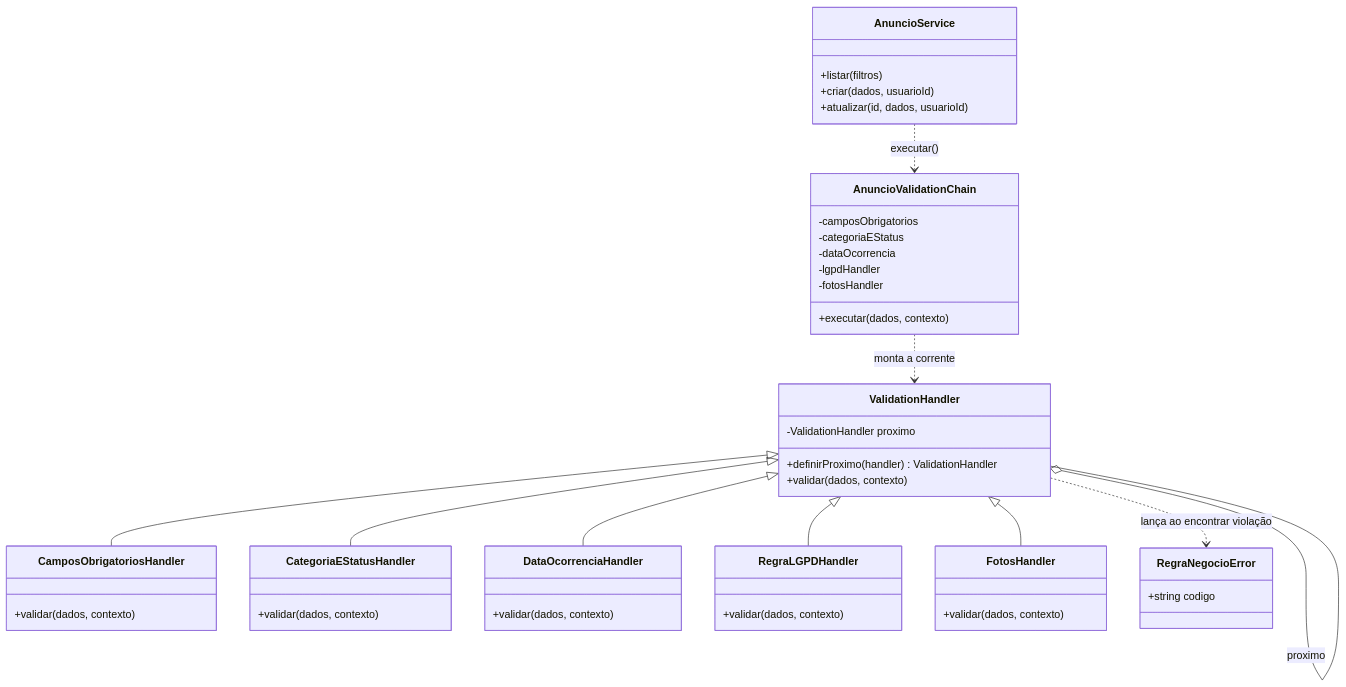
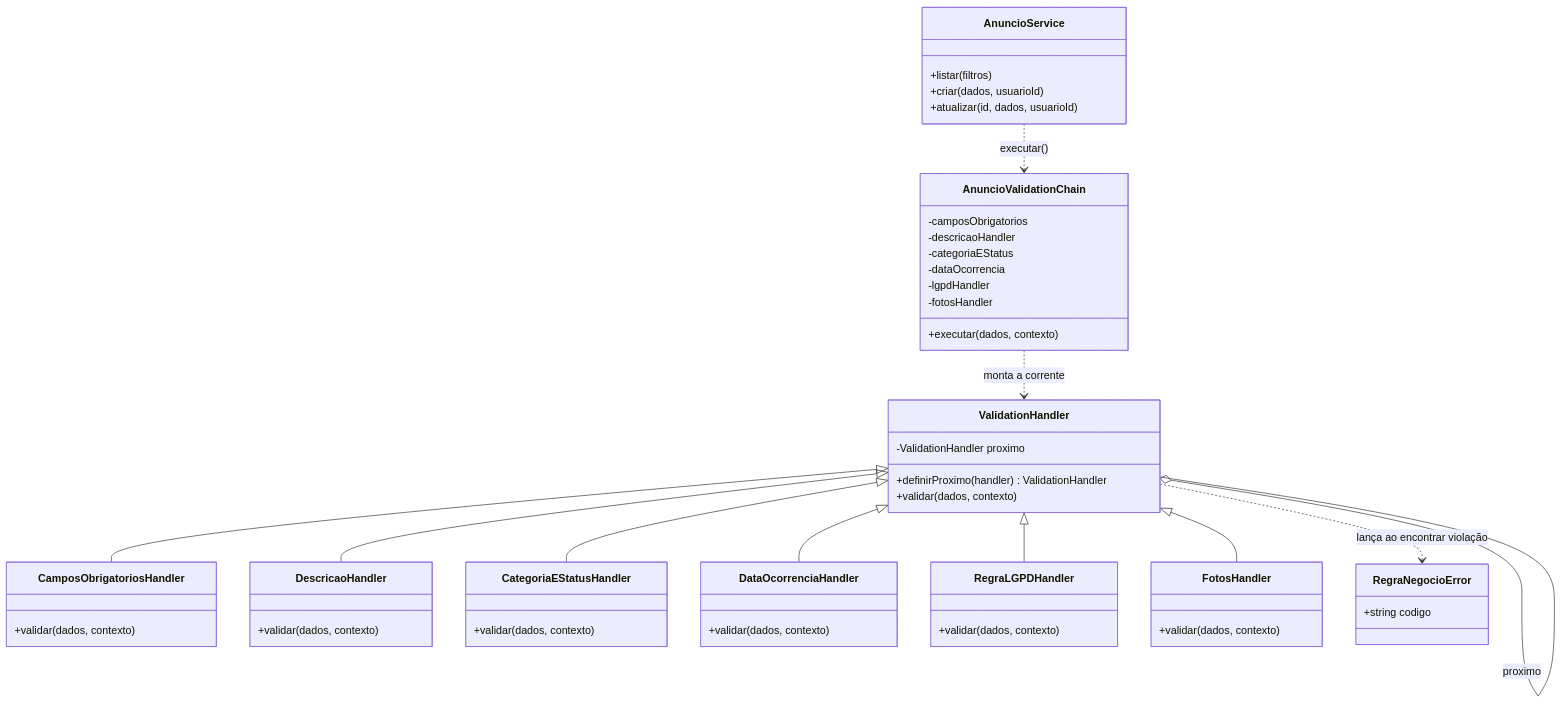
The first of 2 diagrams in docs/padroes/padroes-de-projeto.md (Matheus-Castro-Paula/Radar-UFLA), drawn with Mermaid before and after one commit. The commit also changed other lines of this file and 2 other files, not shown here.

First line of the commit message:
docs(modelagem): inclui DescricaoHandler e sequência de detalhes e contato

````diff
--- a/docs/padroes/padroes-de-projeto.md
+++ b/docs/padroes/padroes-de-projeto.md
@@ -108,49 +108,54 @@
 ```mermaid
 classDiagram
     class ValidationHandler {
         -ValidationHandler proximo
         +definirProximo(handler) ValidationHandler
         +validar(dados, contexto)
     }
     class CamposObrigatoriosHandler {
+        +validar(dados, contexto)
+    }
+    class DescricaoHandler {
         +validar(dados, contexto)
     }
     class CategoriaEStatusHandler {
         +validar(dados, contexto)
     }
     class DataOcorrenciaHandler {
         +validar(dados, contexto)
     }
     class RegraLGPDHandler {
         +validar(dados, contexto)
     }
     class FotosHandler {
         +validar(dados, contexto)
     }
     class AnuncioValidationChain {
         -camposObrigatorios
+        -descricaoHandler
         -categoriaEStatus
         -dataOcorrencia
         -lgpdHandler
         -fotosHandler
         +executar(dados, contexto)
     }
     class AnuncioService {
         +listar(filtros)
         +criar(dados, usuarioId)
         +atualizar(id, dados, usuarioId)
     }
     class RegraNegocioError {
         +string codigo
     }
 
     ValidationHandler <|-- CamposObrigatoriosHandler
+    ValidationHandler <|-- DescricaoHandler
     ValidationHandler <|-- CategoriaEStatusHandler
     ValidationHandler <|-- DataOcorrenciaHandler
     ValidationHandler <|-- RegraLGPDHandler
     ValidationHandler <|-- FotosHandler
     ValidationHandler o-- ValidationHandler : proximo
     AnuncioValidationChain ..> ValidationHandler : monta a corrente
     AnuncioService ..> AnuncioValidationChain : executar()
     ValidationHandler ..> RegraNegocioError : lança ao encontrar violação
 ```
````
